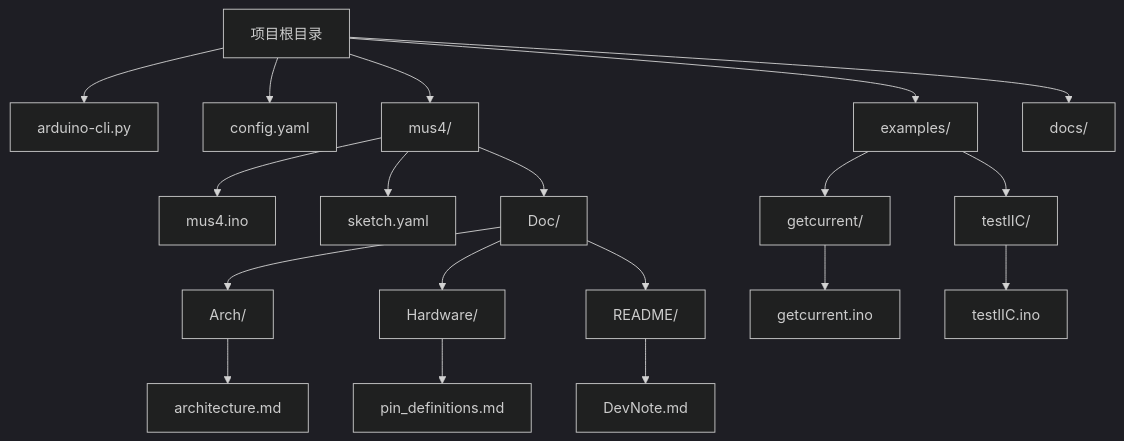
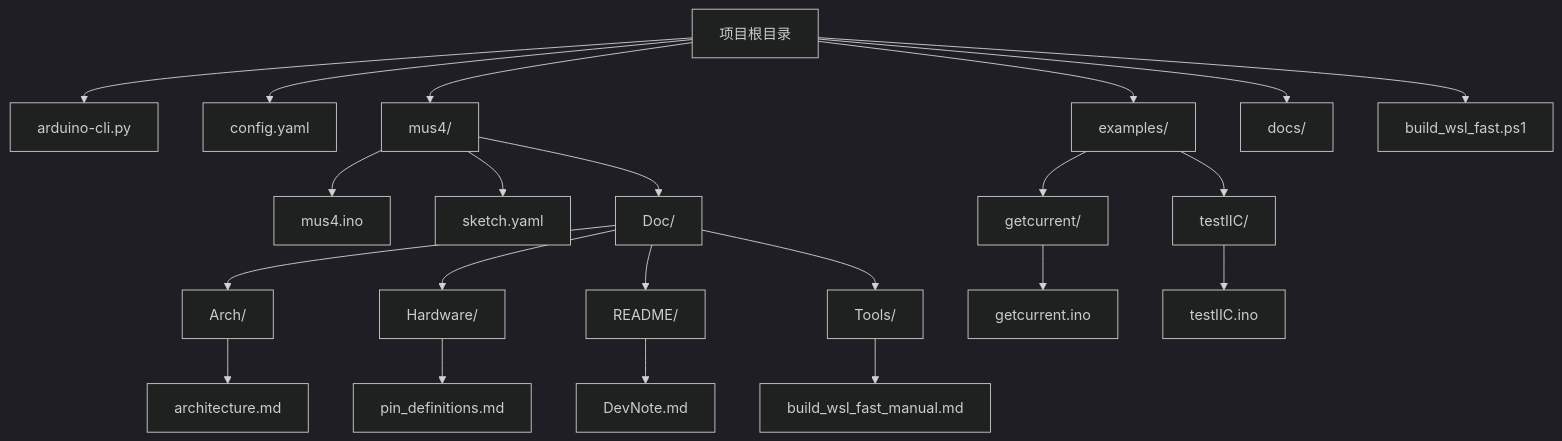
One commit to DonkeyDrift/Firmware changed the first of 16 diagrams in .qoder/repowiki/zh/content/开发工具与配置/Arduino CLI自动化.md. Above: the diagram before and after it, drawn with Mermaid (dark theme). The commit also changed other lines of this file and 9 other files, not shown here.

````diff
--- a/.qoder/repowiki/zh/content/开发工具与配置/Arduino CLI自动化.md
+++ b/.qoder/repowiki/zh/content/开发工具与配置/Arduino CLI自动化.md
@@ -36,21 +49,24 @@
 ```mermaid
 graph TD
 A[项目根目录] --> B[arduino-cli.py]
 A --> C[config.yaml]
 A --> D[mus4/]
 A --> E[examples/]
 A --> F[docs/]
-D --> G[mus4.ino]
-D --> H[sketch.yaml]
-D --> I[Doc/]
-I --> J[Arch/]
-I --> K[Hardware/]
-I --> L[README/]
-E --> M[getcurrent/]
-E --> N[testIIC/]
-M --> O[getcurrent.ino]
-N --> P[testIIC.ino]
-J --> Q[architecture.md]
-K --> R[pin_definitions.md]
-L --> S[DevNote.md]
+A --> G[build_wsl_fast.ps1]
+D --> H[mus4.ino]
+D --> I[sketch.yaml]
+D --> J[Doc/]
+J --> K[Arch/]
+J --> L[Hardware/]
+J --> M[README/]
+J --> N[Tools/]
+N --> O[build_wsl_fast_manual.md]
+E --> P[getcurrent/]
+E --> Q[testIIC/]
+P --> R[getcurrent.ino]
+Q --> S[testIIC.ino]
+K --> T[architecture.md]
+L --> U[pin_definitions.md]
+M --> V[DevNote.md]
 ```
````
